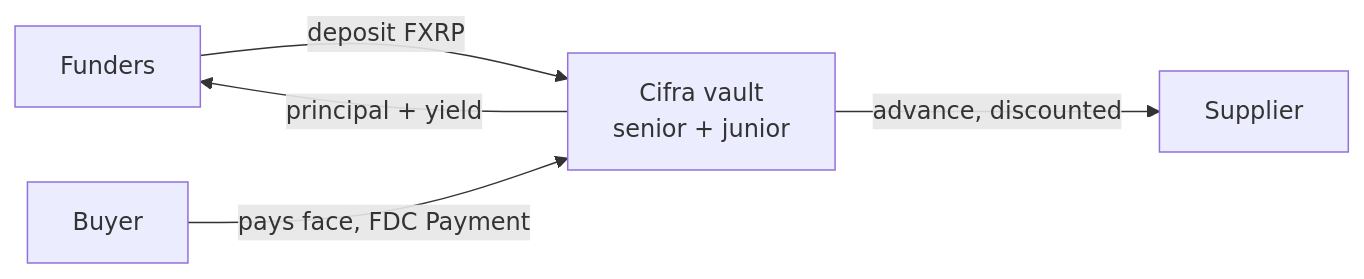
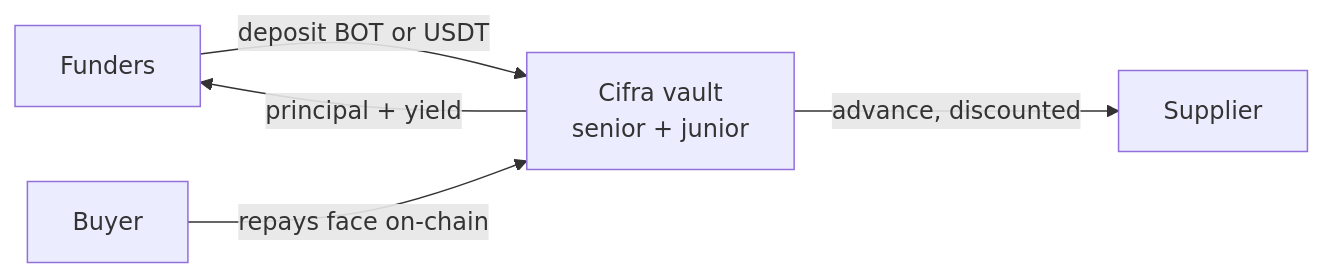
The second of 2 diagrams in README.md (charlesms1246/cifra-botchain), drawn with Mermaid before and after one commit. The commit also changed other lines of this file and 1 other file, not shown here.

Commit message:
refactor: remove Flare dependency and delete CifraJurisdictionOracle contract

````diff
--- a/README.md
+++ b/README.md
@@ -40,7 +52,7 @@
 ```mermaid
 flowchart LR
-    F["Funders"] -->|deposit FXRP| V["Cifra vault<br/>senior + junior"]
+    F["Funders"] -->|deposit BOT or USDT| V["Cifra vault<br/>senior + junior"]
     V -->|advance, discounted| S["Supplier"]
-    B["Buyer"] -->|pays face, FDC Payment| V
+    B["Buyer"] -->|repays face on-chain| V
     V -->|principal + yield| F
 ```
````
